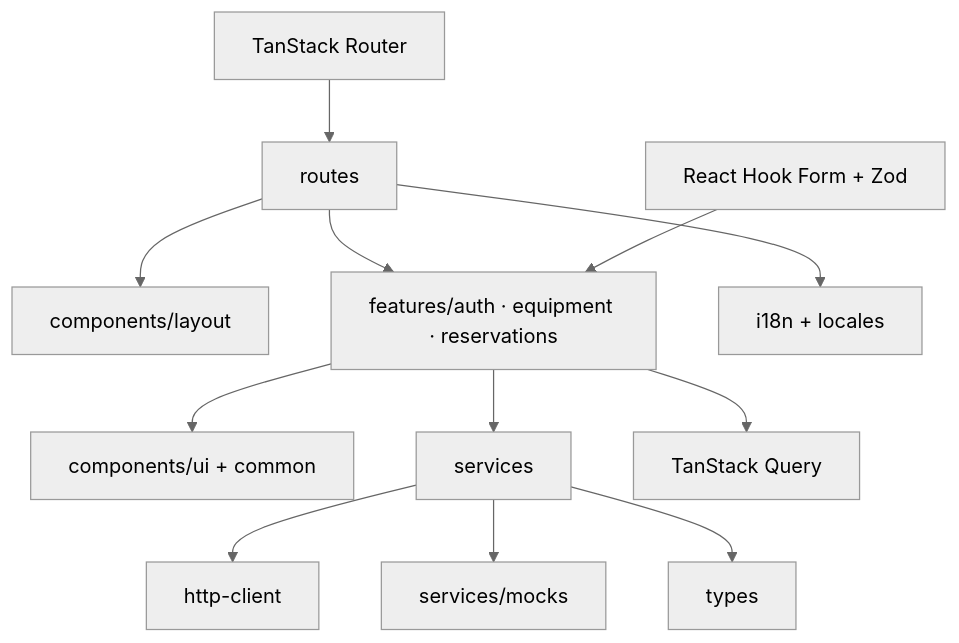
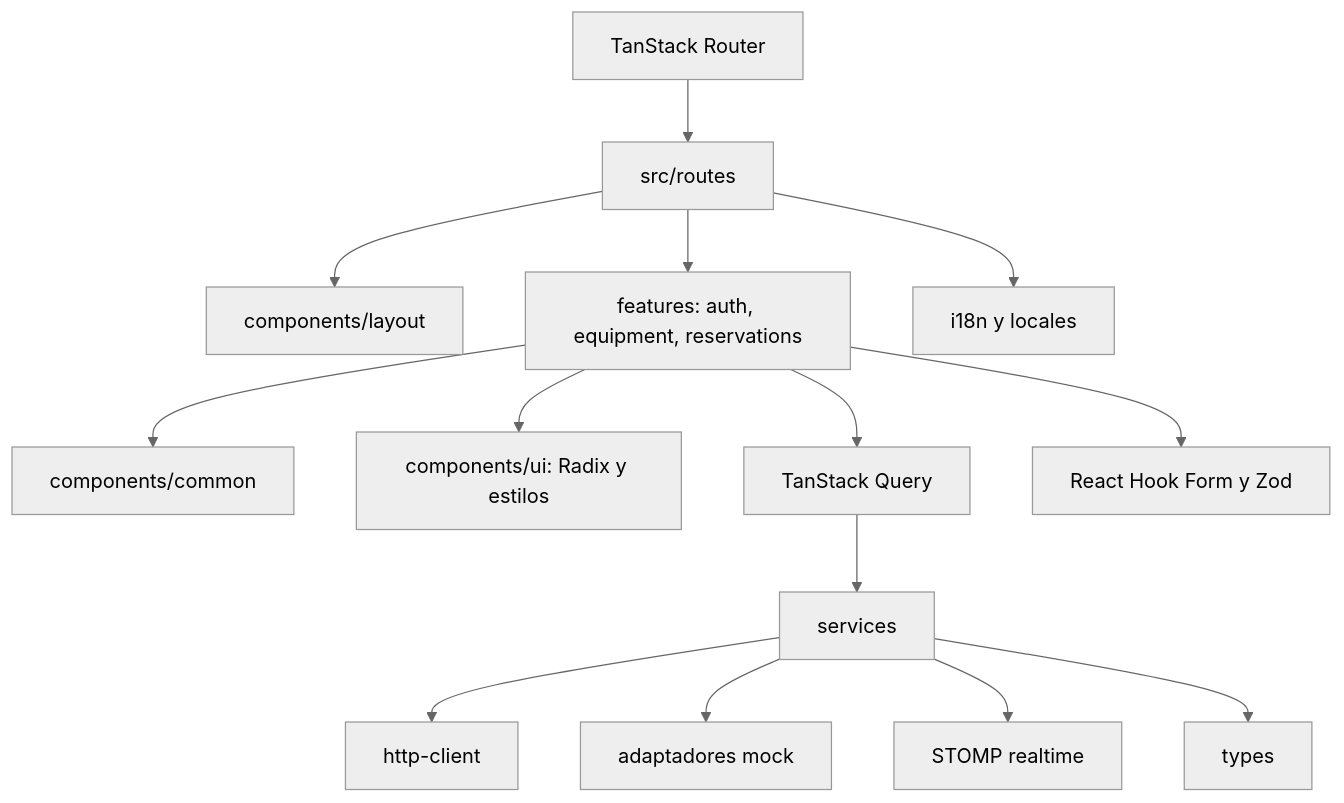
Before and after one commit to lisudea/technical-test-2026-2: the third of 9 diagrams in lisource-frontend/docs/02-arquitectura-frontend.md, drawn with Mermaid (neutral theme). The commit also changed other lines of this file and 8 other files, not shown here.

````diff
--- a/lisource-frontend/docs/02-arquitectura-frontend.md
+++ b/lisource-frontend/docs/02-arquitectura-frontend.md
@@ -16,14 +42,16 @@
 ```mermaid
 flowchart TB
-  Router[TanStack Router] --> Routes[routes]
+  Router[TanStack Router] --> Routes[src/routes]
   Routes --> Shell[components/layout]
-  Routes --> Features[features/auth · equipment · reservations]
-  Features --> UI[components/ui + common]
-  Features --> Services[services]
+  Routes --> Features[features: auth, equipment, reservations]
+  Features --> Common[components/common]
+  Features --> UI[components/ui: Radix y estilos]
   Features --> Query[TanStack Query]
+  Features --> Forms[React Hook Form y Zod]
+  Query --> Services[services]
   Services --> HTTP[http-client]
-  Services --> Mock[services/mocks]
-  Routes --> I18n[i18n + locales]
+  Services --> Mock[adaptadores mock]
+  Services --> Realtime[STOMP realtime]
+  Routes --> I18n[i18n y locales]
   Services --> Types[types]
-  Forms[React Hook Form + Zod] --> Features
 ```
````
